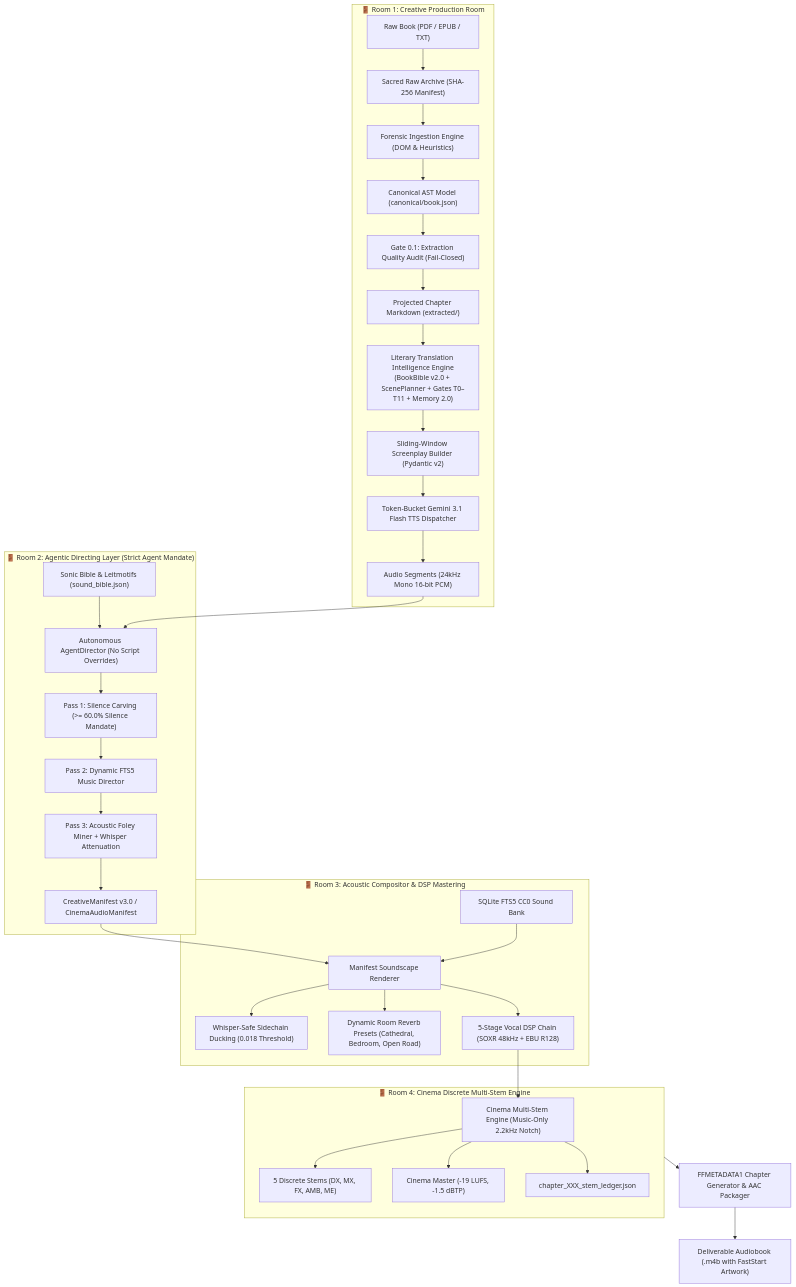
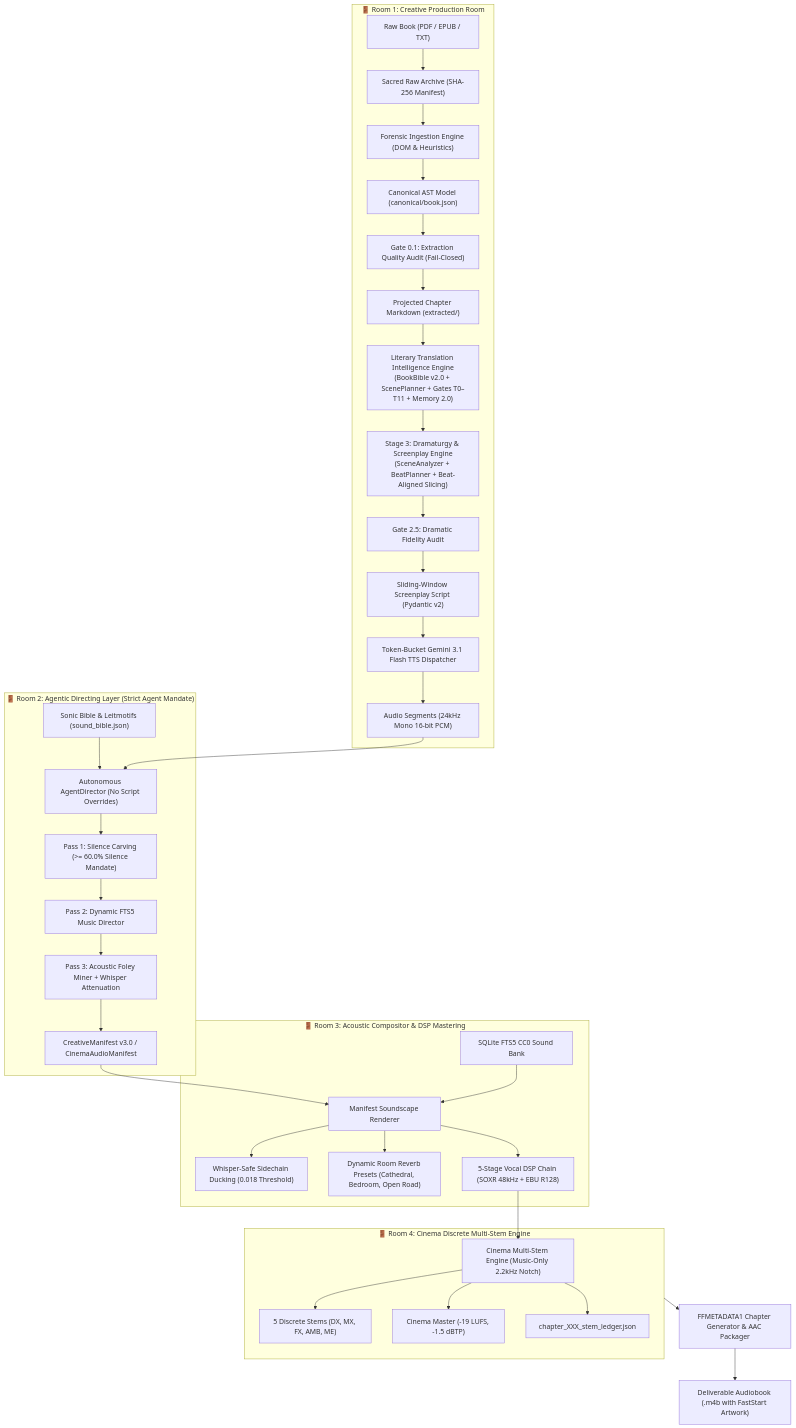
Before and after one commit to naksh-07/audiobook-maker: the diagram in README.md, drawn with Mermaid. The commit also changed other lines of this file and 21 other files, not shown here.

First line of the commit message:
feat(stage3): implement dramatic intelligence layer and dramaturgy engine

````diff
--- a/README.md
+++ b/README.md
@@ -25,41 +25,43 @@
 ```mermaid
 flowchart TD
     subgraph Room1["🚪 Room 1: Creative Production Room"]
         Book["Raw Book (PDF / EPUB / TXT)"] --> RawArchive["Sacred Raw Archive (SHA-256 Manifest)"]
         RawArchive --> Extractor["Forensic Ingestion Engine (DOM & Heuristics)"]
         Extractor --> AST["Canonical AST Model (canonical/book.json)"]
         AST --> Gate01["Gate 0.1: Extraction Quality Audit (Fail-Closed)"]
         Gate01 --> Chapters["Projected Chapter Markdown (extracted/)"]
         Chapters --> Translator["Literary Translation Intelligence Engine<br/>(BookBible v2.0 + ScenePlanner + Gates T0–T11 + Memory 2.0)"]
-        Translator --> ScriptBuilder["Sliding-Window Screenplay Builder (Pydantic v2)"]
+        Translator --> Dramaturgy["Stage 3: Dramaturgy & Screenplay Engine<br/>(SceneAnalyzer + BeatPlanner + Beat-Aligned Slicing)"]
+        Dramaturgy --> Gate25["Gate 2.5: Dramatic Fidelity Audit"]
+        Gate25 --> ScriptBuilder["Sliding-Window Screenplay Script (Pydantic v2)"]
         ScriptBuilder --> Dispatcher["Token-Bucket Gemini 3.1 Flash TTS Dispatcher"]
         Dispatcher --> AudioChunks["Audio Segments (24kHz Mono 16-bit PCM)"]
     end
 
     subgraph Room2["🚪 Room 2: Agentic Directing Layer (Strict Agent Mandate)"]
         Bible["Sonic Bible & Leitmotifs (sound_bible.json)"] --> Director["Autonomous AgentDirector (No Script Overrides)"]
         AudioChunks --> Director
         Director --> SilenceCarve["Pass 1: Silence Carving (>= 60.0% Silence Mandate)"]
         SilenceCarve --> MusicDir["Pass 2: Dynamic FTS5 Music Director"]
         MusicDir --> FoleyMiner["Pass 3: Acoustic Foley Miner + Whisper Attenuation"]
         FoleyMiner --> Manifest["CreativeManifest v3.0 / CinemaAudioManifest"]
     end
 
     subgraph Room3["🚪 Room 3: Acoustic Compositor & DSP Mastering"]
         Manifest --> Renderer["Manifest Soundscape Renderer"]
         SoundBank["SQLite FTS5 CC0 Sound Bank"] --> Renderer
         Renderer --> Ducking["Whisper-Safe Sidechain Ducking (0.018 Threshold)"]
         Renderer --> Reverb["Dynamic Room Reverb Presets (Cathedral, Bedroom, Open Road)"]
         Renderer --> VocalDSP["5-Stage Vocal DSP Chain (SOXR 48kHz + EBU R128)"]
     end
 
     subgraph Room4["🚪 Room 4: Cinema Discrete Multi-Stem Engine"]
         VocalDSP --> CinemaEngine["Cinema Multi-Stem Engine (Music-Only 2.2kHz Notch)"]
         CinemaEngine --> Stems["5 Discrete Stems (DX, MX, FX, AMB, ME)"]
         CinemaEngine --> Master["Cinema Master (-19 LUFS, -1.5 dBTP)"]
         CinemaEngine --> Ledger["chapter_XXX_stem_ledger.json"]
     end
 
     Room4 --> Packager["FFMETADATA1 Chapter Generator & AAC Packager"]
     Packager --> M4B["Deliverable Audiobook (.m4b with FastStart Artwork)"]
 ```
````
